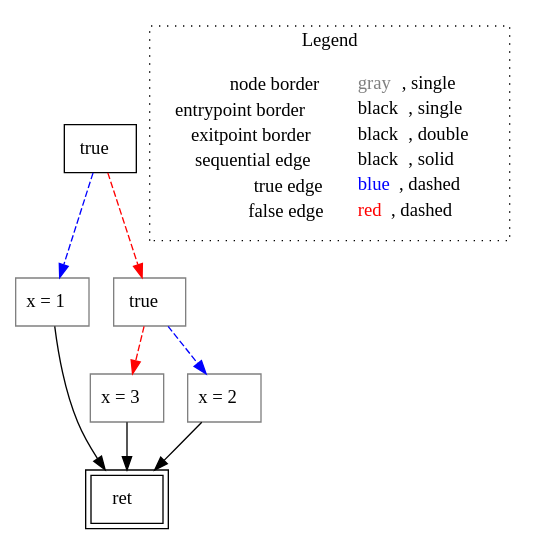
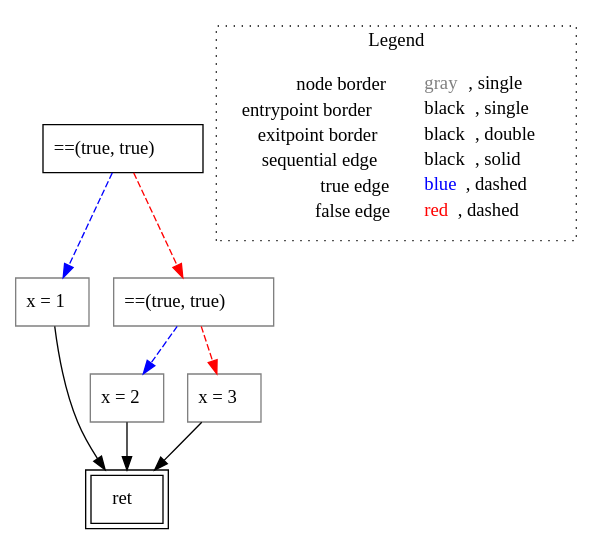
The diagram in rust-lisa/rust-testcases/cfg/if-elseif-else/untyped_rust-testcases_cfg_if-elseif-else_if-elseif-else.rs.main().dot (VincenzoArceri/rust-lisa), drawn with Graphviz before and after one commit. The commit also changed 5 other files, not shown here.

```diff
--- a/rust-lisa/rust-testcases/cfg/if-elseif-else/untyped_rust-testcases_cfg_if-elseif-else_if-elseif-else.rs.main().dot
+++ b/rust-lisa/rust-testcases/cfg/if-elseif-else/untyped_rust-testcases_cfg_if-elseif-else_if-elseif-else.rs.main().dot
@@ -1,22 +1,22 @@
 digraph {
-	"node0" [shape="rect",color="black",label=<true>];
+	"node0" [shape="rect",color="black",label=<==(true, true)>];
 	"node1" [shape="rect",color="gray",label=<x = 1>];
-	"node2" [shape="rect",color="gray",label=<x = 3>];
+	"node2" [shape="rect",color="gray",label=<==(true, true)>];
 	"node3" [shape="rect",color="gray",label=<x = 2>];
-	"node4" [shape="rect",color="gray",label=<true>];
+	"node4" [shape="rect",color="gray",label=<x = 3>];
 	"node5" [shape="rect",color="black",peripheries="2",label=<ret>];
 	"node1" -> "node5" [color="black"];
-	"node2" -> "node5" [color="black"];
+	"node2" -> "node3" [color="blue",style="dashed"];
+	"node2" -> "node4" [color="red",style="dashed"];
 	"node3" -> "node5" [color="black"];
-	"node4" -> "node2" [color="red",style="dashed"];
-	"node4" -> "node3" [color="blue",style="dashed"];
 	"node0" -> "node1" [color="blue",style="dashed"];
-	"node0" -> "node4" [color="red",style="dashed"];
+	"node0" -> "node2" [color="red",style="dashed"];
+	"node4" -> "node5" [color="black"];
 subgraph cluster_legend {
 	label="Legend";
 	style=dotted;
 	node [shape=plaintext];
 	"legend" [label=<<table border="0" cellpadding="2" cellspacing="0" cellborder="0"><tr><td align="right">node border&nbsp;</td><td align="left"><font color="gray">gray</font>, single</td></tr><tr><td align="right">entrypoint border&nbsp;</td><td align="left"><font color="black">black</font>, single</td></tr><tr><td align="right">exitpoint border&nbsp;</td><td align="left"><font color="black">black</font>, double</td></tr><tr><td align="right">sequential edge&nbsp;</td><td align="left"><font color="black">black</font>, solid</td></tr><tr><td align="right">true edge&nbsp;</td><td align="left"><font color="blue">blue</font>, dashed</td></tr><tr><td align="right">false edge&nbsp;</td><td align="left"><font color="red">red</font>, dashed</td></tr></table>>];
 }
 
 }
```
